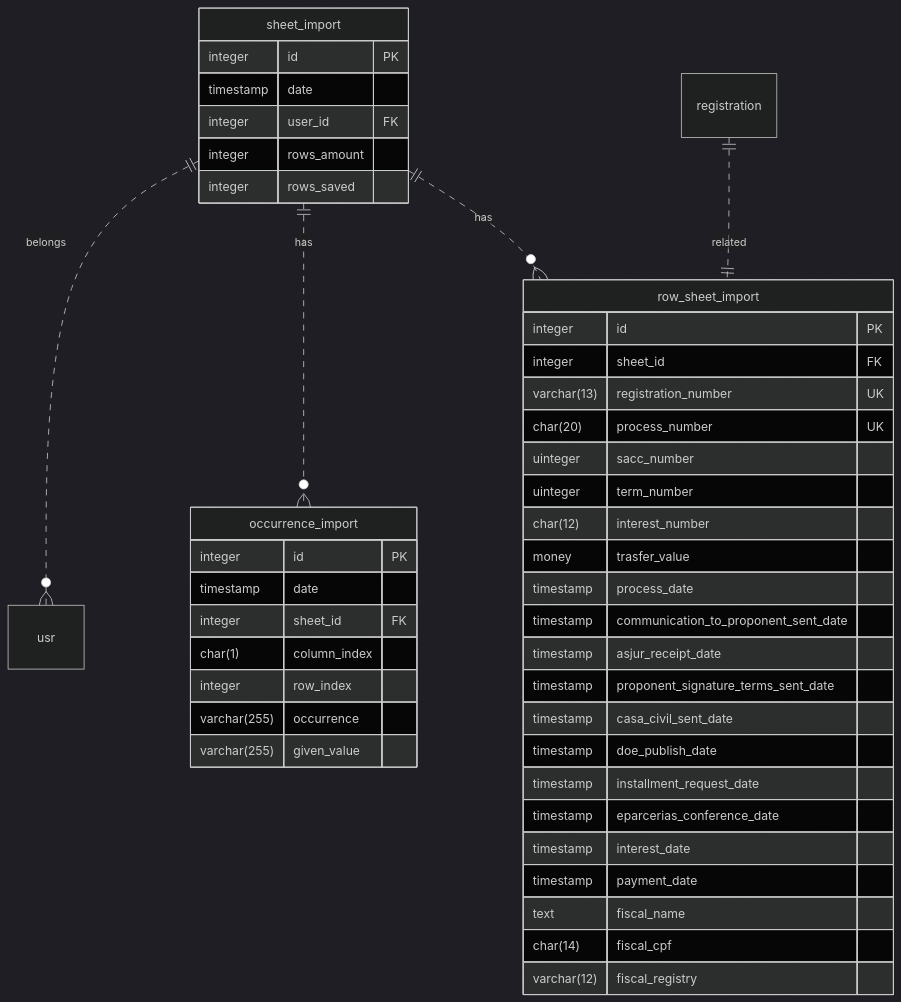
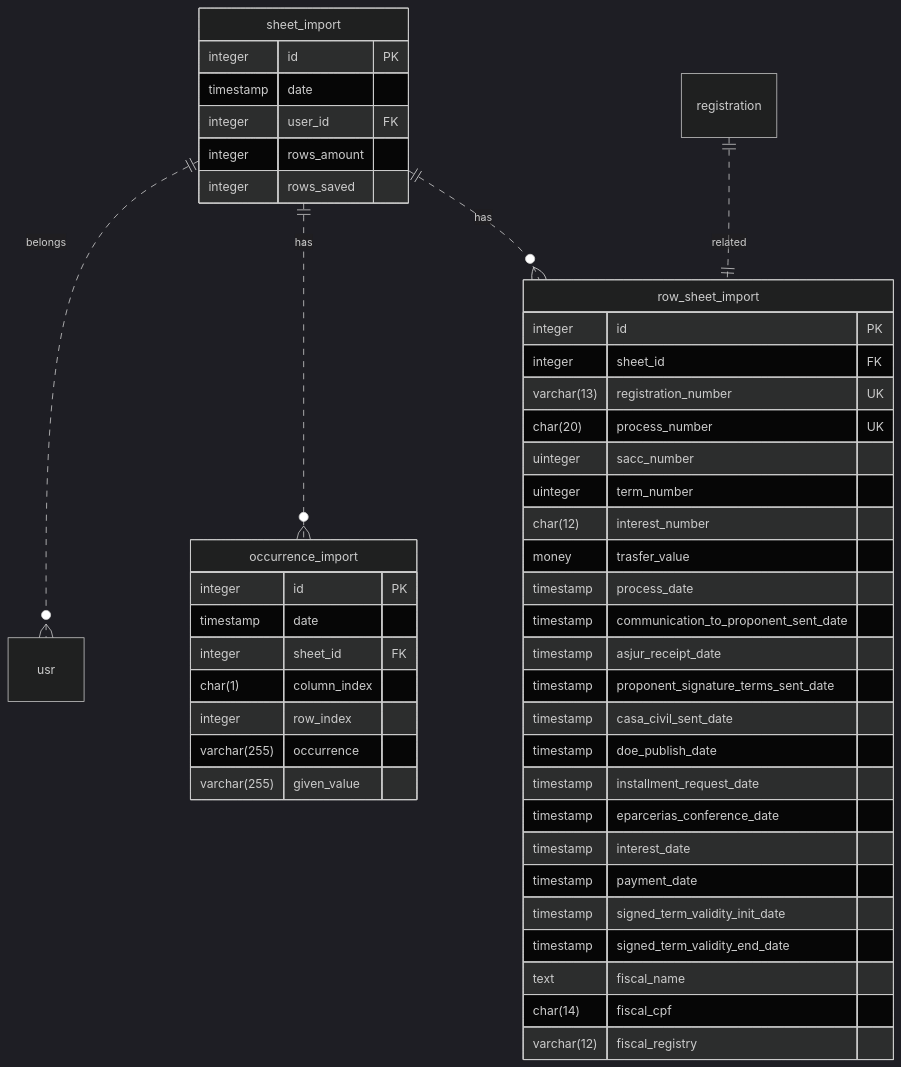
Before and after one commit to secultce/plugin-BigSheetImporter: the diagram in README.md, drawn with Mermaid (dark theme). The commit also changed 3 other files, not shown here.

````diff
--- a/README.md
+++ b/README.md
@@ -7,47 +7,49 @@
 ```mermaid
 erDiagram
 s ||..o{ usr : belongs
 s ||..o{ o : has
 s ||..o{ r : has
 registration ||..|| r : related
 
 s[sheet_import]{
     integer       id                      PK
     timestamp     date
     integer       user_id                 FK
     integer       rows_amount
     integer       rows_saved
 }
 o[occurrence_import]{
     integer       id                      PK
     timestamp     date
     integer       sheet_id                FK
     char(1)       column_index
     integer       row_index
     varchar(255)  occurrence
     varchar(255)  given_value
 }
 r[row_sheet_import]{
     integer       id                      PK
     integer       sheet_id                FK
     varchar(13)   registration_number     UK
     char(20)      process_number          UK
     uinteger      sacc_number
     uinteger      term_number
     char(12)      interest_number
     money         trasfer_value
     timestamp     process_date
     timestamp     communication_to_proponent_sent_date
     timestamp     asjur_receipt_date
     timestamp     proponent_signature_terms_sent_date
     timestamp     casa_civil_sent_date
     timestamp     doe_publish_date
     timestamp     installment_request_date
     timestamp     eparcerias_conference_date
     timestamp     interest_date
     timestamp     payment_date
+    timestamp     signed_term_validity_init_date
+    timestamp     signed_term_validity_end_date
     text          fiscal_name
     char(14)      fiscal_cpf
     varchar(12)   fiscal_registry
 }
 ```
````
